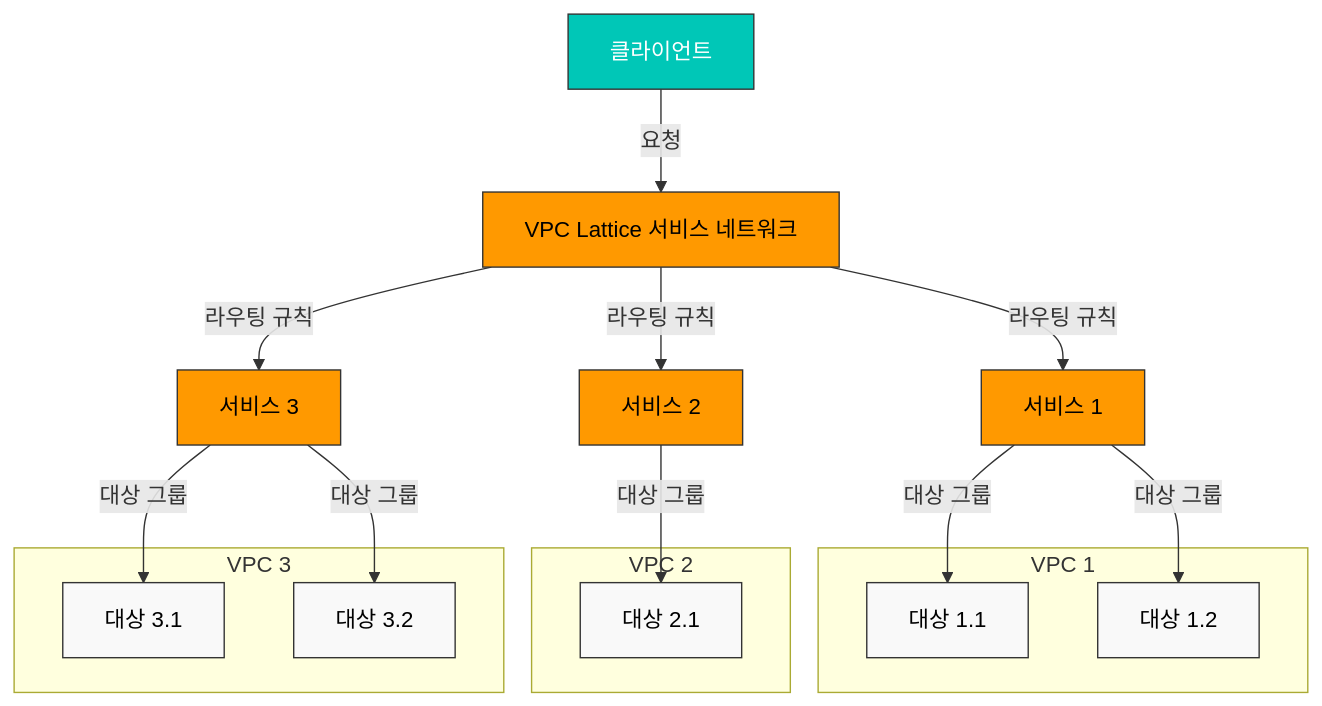
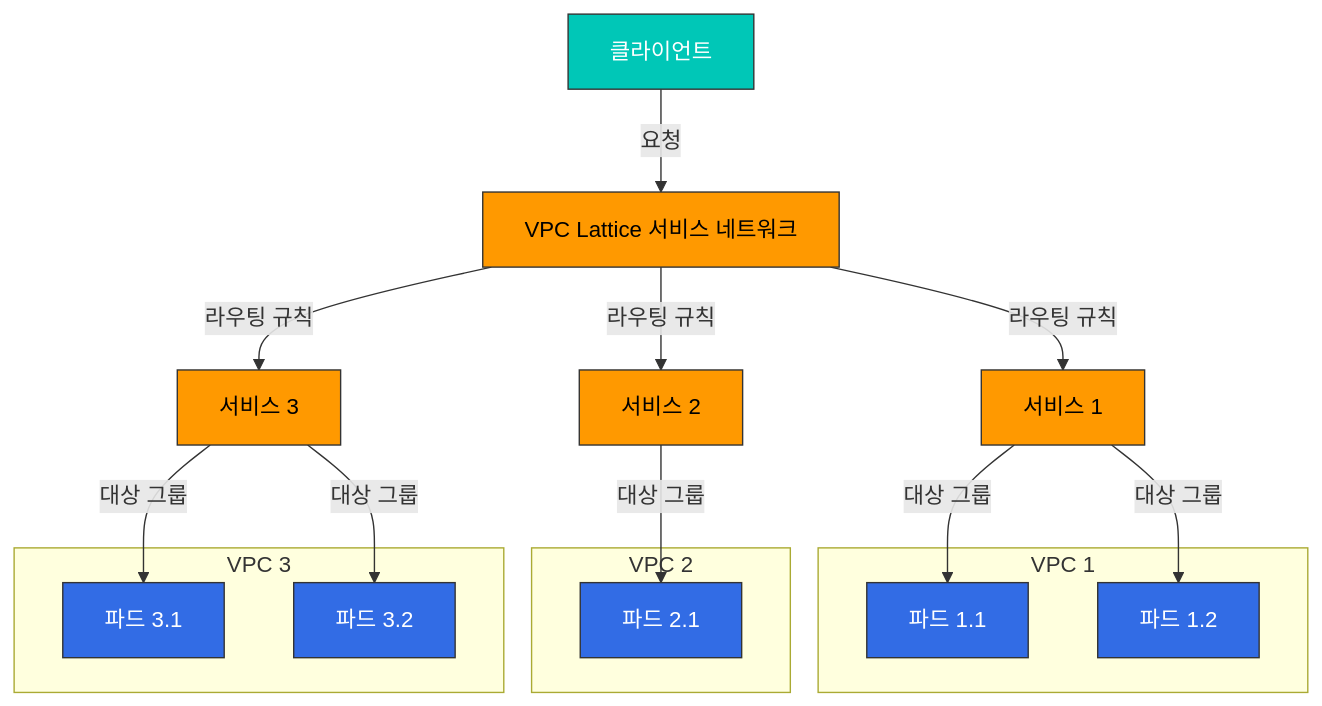
The first of 4 diagrams in tools/09-vpc-lattice.md (Atom-oh/kubernetes-docs), drawn with Mermaid before and after one commit. The commit also changed other lines of this file and 73 other files, not shown here.

Commit message:
add diagrams

````diff
--- a/tools/09-vpc-lattice.md
+++ b/tools/09-vpc-lattice.md
@@ -86,41 +86,41 @@
 ```mermaid
-graph TD
-    A[클라이언트] -->|요청| B[VPC Lattice 서비스 네트워크]
-    B -->|라우팅 규칙| C[서비스 1]
-    B -->|라우팅 규칙| D[서비스 2]
-    B -->|라우팅 규칙| E[서비스 3]
-    
-    C -->|대상 그룹| F[대상 1.1]
-    C -->|대상 그룹| G[대상 1.2]
-    
-    D -->|대상 그룹| H[대상 2.1]
-    
-    E -->|대상 그룹| I[대상 3.1]
-    E -->|대상 그룹| J[대상 3.2]
-    
-    subgraph "VPC 1"
-        F
-        G
+flowchart TD
+    Client[클라이언트] -->|요청| ServiceNetwork[VPC Lattice 서비스 네트워크]
+    ServiceNetwork -->|라우팅 규칙| Service1[서비스 1]
+    ServiceNetwork -->|라우팅 규칙| Service2[서비스 2]
+    ServiceNetwork -->|라우팅 규칙| Service3[서비스 3]
+
+    Service1 -->|대상 그룹| Target11[파드 1.1]
+    Service1 -->|대상 그룹| Target12[파드 1.2]
+
+    Service2 -->|대상 그룹| Target21[파드 2.1]
+
+    Service3 -->|대상 그룹| Target31[파드 3.1]
+    Service3 -->|대상 그룹| Target32[파드 3.2]
+
+    subgraph VPC1[VPC 1]
+        Target11
+        Target12
     end
-    
-    subgraph "VPC 2"
-        H
+
+    subgraph VPC2[VPC 2]
+        Target21
     end
-    
-    subgraph "VPC 3"
-        I
-        J
+
+    subgraph VPC3[VPC 3]
+        Target31
+        Target32
     end
-    
-    %% 스타일 정의
+
+    %% 클래스 정의
     classDef awsService fill:#FF9900,stroke:#333,stroke-width:1px,color:black;
     classDef k8sComponent fill:#326CE5,stroke:#333,stroke-width:1px,color:white;
     classDef userApp fill:#00C7B7,stroke:#333,stroke-width:1px,color:white;
     classDef dataStore fill:#3B48CC,stroke:#333,stroke-width:1px,color:white;
     classDef default fill:#f9f9f9,stroke:#333,stroke-width:1px,color:black;
-    
+
     %% 클래스 적용
-    class A userApp;
-    class B,C,D,E awsService;
-    class F,G,H,I,J default;
+    class Client userApp;
+    class ServiceNetwork,Service1,Service2,Service3 awsService;
+    class Target11,Target12,Target21,Target31,Target32 k8sComponent;
 ```
````
